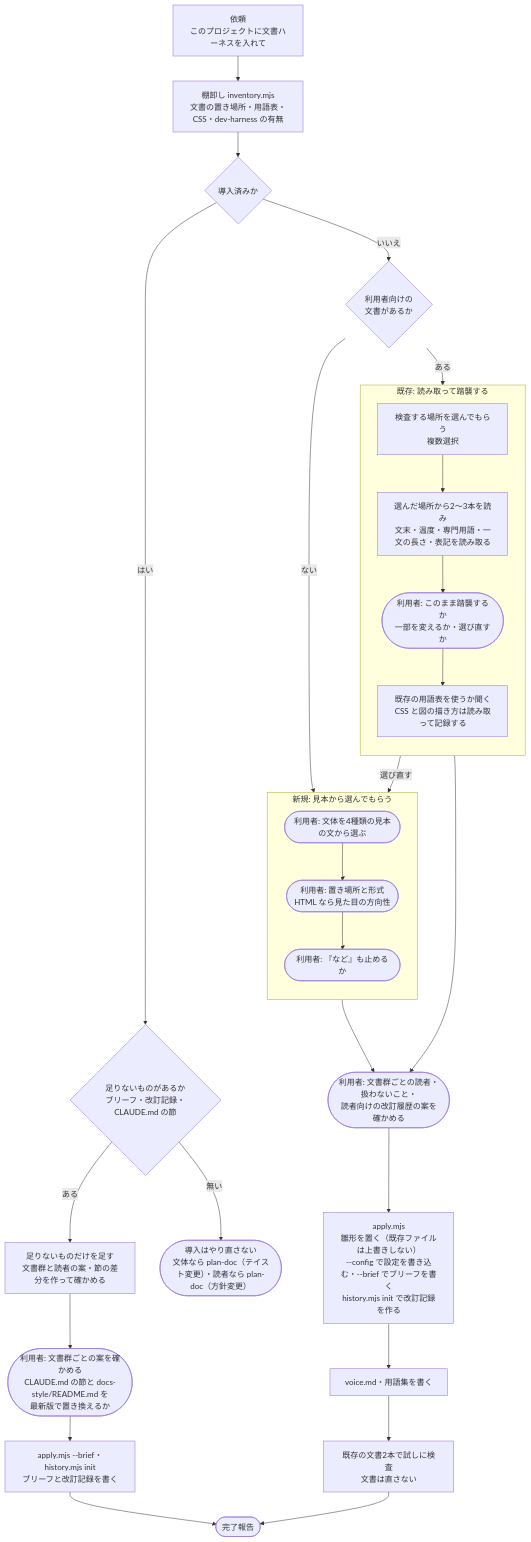
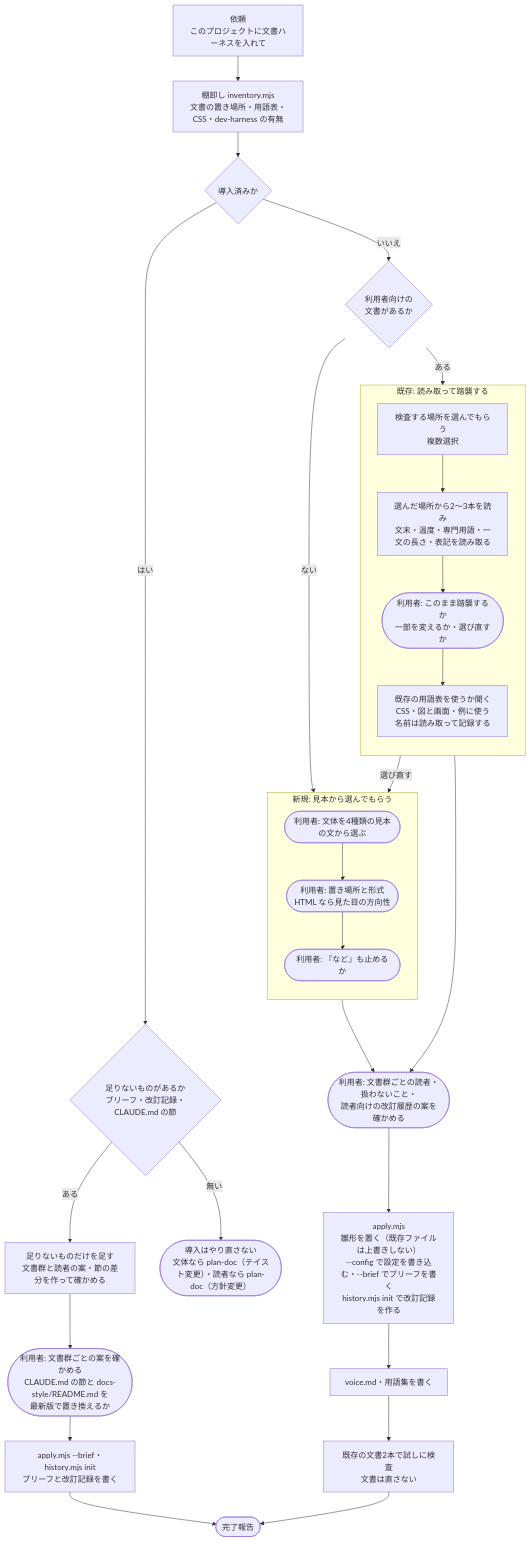
Before and after one commit to mizuta0711/claude-doc-harness: the diagram in docs/diagrams/03_導入フロー図.md, drawn with Mermaid. The commit also changed 19 other files, not shown here.

Commit message:
feat: harness-doc 0.17.0 — 図・画面を目次案で節ごとに決める・voice.md に図と画面と例に使う名前・撮影は撮影スキルに任せる・擬似図と CSS のモックの読み上げ（B13・P5）

````diff
--- a/docs/diagrams/03_導入フロー図.md
+++ b/docs/diagrams/03_導入フロー図.md
@@ -26,43 +26,43 @@
 ```mermaid
 flowchart TD
     START["依頼<br/>このプロジェクトに文書ハーネスを入れて"]
     INV["棚卸し inventory.mjs<br/>文書の置き場所・用語表・CSS・dev-harness の有無"]
     DONE_BEFORE{"導入済みか"}
     HAS_BRIEF{"足りないものがあるか<br/>ブリーフ・改訂記録・CLAUDE.md の節"}
     ADD_BRIEF["足りないものだけを足す<br/>文書群と読者の案・節の差分を作って確かめる"]
     TO_TONE(["導入はやり直さない<br/>文体なら plan-doc（テイスト変更）・読者なら plan-doc（方針変更）"])
     EXIST{"利用者向けの<br/>文書があるか"}
 
     subgraph EXISTING["既存: 読み取って踏襲する"]
         direction TB
         A1["検査する場所を選んでもらう<br/>複数選択"]
         A2["選んだ場所から2〜3本を読み<br/>文末・温度・専門用語・一文の長さ・表記を読み取る"]
         A3(["利用者: このまま踏襲するか<br/>一部を変えるか・選び直すか"])
-        A4["既存の用語表を使うか聞く<br/>CSS と図の描き方は読み取って記録する"]
+        A4["既存の用語表を使うか聞く<br/>CSS・図と画面・例に使う名前は読み取って記録する"]
     end
 
     subgraph NEW["新規: 見本から選んでもらう"]
         direction TB
         B1(["利用者: 文体を4種類の見本の文から選ぶ"])
         B2(["利用者: 置き場所と形式<br/>HTML なら見た目の方向性"])
         B3(["利用者: 『など』も止めるか"])
     end
 
     GROUPS(["利用者: 文書群ごとの読者・扱わないこと・<br/>読者向けの改訂履歴の案を確かめる"])
     APPLY["apply.mjs<br/>雛形を置く（既存ファイルは上書きしない）<br/>--config で設定を書き込む・--brief でブリーフを書く<br/>history.mjs init で改訂記録を作る"]
     VOICE["voice.md・用語集を書く"]
     TRY["既存の文書2本で試しに検査<br/>文書は直さない"]
     REPORT(["完了報告"])
 
     START --> INV --> DONE_BEFORE
     DONE_BEFORE -- はい --> HAS_BRIEF
     HAS_BRIEF -- 無い --> TO_TONE
     HAS_BRIEF -- ある --> ADD_BRIEF --> GROUPS2(["利用者: 文書群ごとの案を確かめる<br/>CLAUDE.md の節と docs-style/README.md を<br/>最新版で置き換えるか"])
     GROUPS2 --> BRIEF_ONLY["apply.mjs --brief・history.mjs init<br/>ブリーフと改訂記録を書く"] --> REPORT
     DONE_BEFORE -- いいえ --> EXIST
     EXIST -- ある --> A1 --> A2 --> A3 --> A4 --> GROUPS
     A3 -- 選び直す --> B1
     EXIST -- ない --> B1 --> B2 --> B3 --> GROUPS
     GROUPS --> APPLY
     APPLY --> VOICE --> TRY --> REPORT
 ```
````
